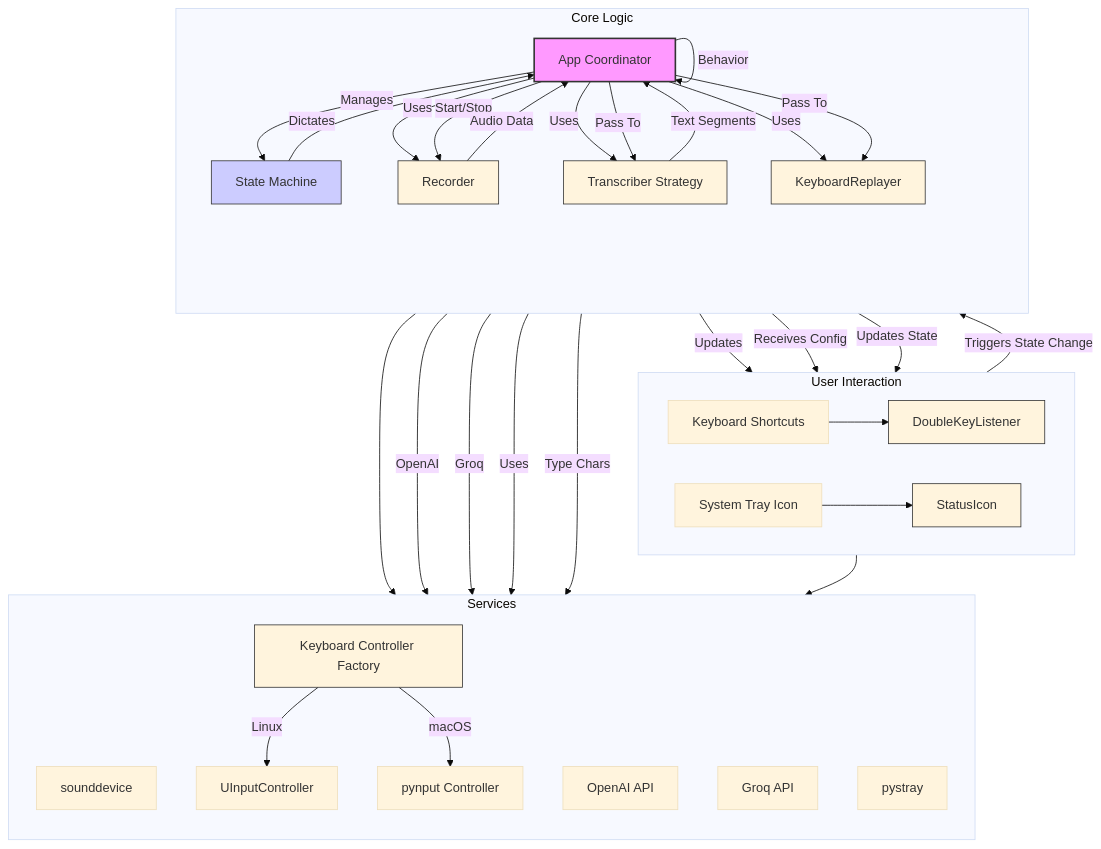
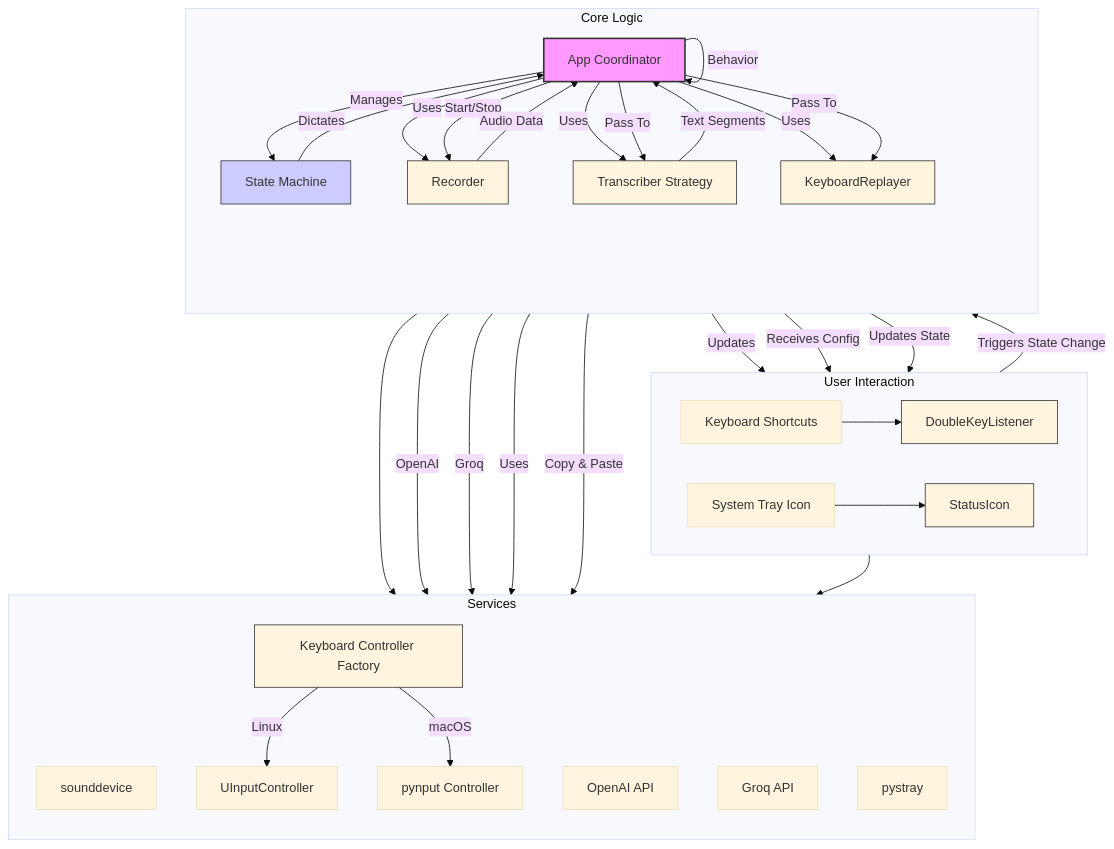
Before and after one commit to mapringg/faster-whisper-dictation: the diagram in memory-bank/system-patterns.md, drawn with Mermaid (base theme). The commit also changed other lines of this file and 8 other files, not shown here.

````diff
--- a/memory-bank/system-patterns.md
+++ b/memory-bank/system-patterns.md
@@ -6,46 +6,46 @@
   ```mermaid
   flowchart TD
       subgraph User Interaction
           direction LR
           KB[Keyboard Shortcuts] --> DKL[DoubleKeyListener]
           Tray[System Tray Icon] --> SI[StatusIcon]
       end
 
       subgraph Core Logic
           direction TB
           App[App Coordinator] -- Manages --> SM[State Machine]
           App -- Uses --> REC[Recorder]
           App -- Uses --> TRX[Transcriber Strategy]
           App -- Uses --> KBR[KeyboardReplayer]
           App -- Updates --> SI
           App -- Receives Config --> SI
       end
 
       subgraph Services
           direction TB
           REC[Recorder] --> SD[sounddevice]
           TRX[Transcriber Strategy] --> |OpenAI| OpenAI_API[OpenAI API]
           TRX[Transcriber Strategy] --> |Groq| Groq_API[Groq API]
           KBR[KeyboardReplayer] -- Uses --> KCF[Keyboard Controller Factory]
           KCF --> |Linux| UIC[UInputController]
           KCF --> |macOS| PNP[pynput Controller]
           SI --> PSTRAY[pystray]
       end
 
       DKL -- Triggers State Change --> App
       SM -- Dictates --> App -- Behavior --> App
       App -- Start/Stop --> REC
       REC -- Audio Data --> App -- Pass To --> TRX
       TRX -- Text Segments --> App -- Pass To --> KBR
-      KBR -- Type Chars --> KCF
+      KBR -- Copy & Paste --> KCF
       App -- Updates State --> SI
 
       style App fill:#f9f,stroke:#333,stroke-width:2px
       style SM fill:#ccf,stroke:#333,stroke-width:1px
       style DKL fill:#lightgreen,stroke:#333,stroke-width:1px
       style SI fill:#lightgreen,stroke:#333,stroke-width:1px
       style REC fill:#lightblue,stroke:#333,stroke-width:1px
       style TRX fill:#lightblue,stroke:#333,stroke-width:1px
       style KBR fill:#lightblue,stroke:#333,stroke-width:1px
       style KCF fill:#lightblue,stroke:#333,stroke-width:1px
   ```
````
